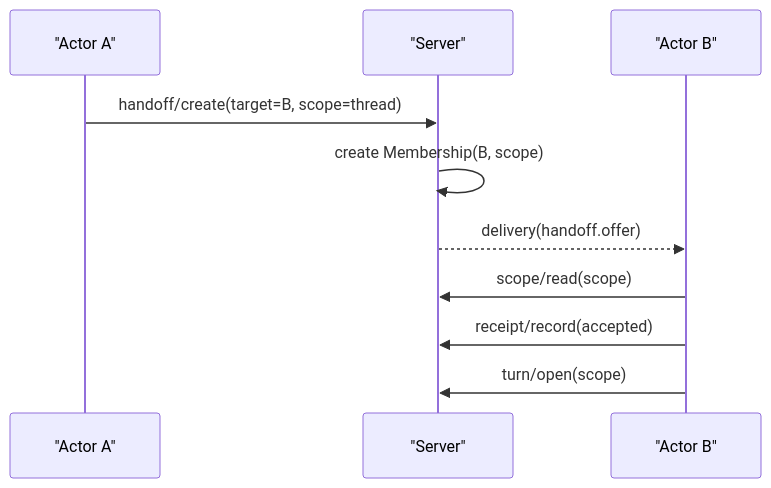
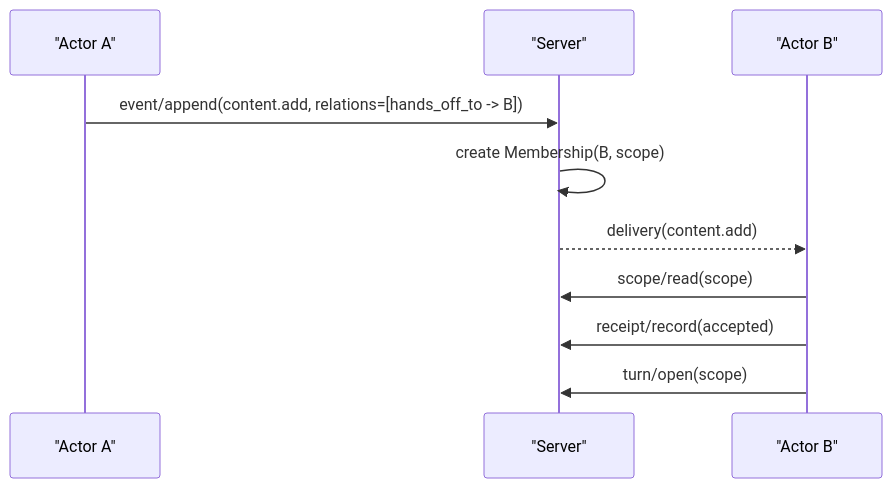
One commit to wyw-ai/loom changed the third of 5 diagrams in docs/protocol/open-multi-actor-collaboration-protocol-v0.md. Above: the diagram before and after it, drawn with Mermaid. The commit also changed other lines of this file and 17 other files, not shown here.

````diff
--- a/docs/protocol/open-multi-actor-collaboration-protocol-v0.md
+++ b/docs/protocol/open-multi-actor-collaboration-protocol-v0.md
@@ -504,13 +488,13 @@
 ```mermaid
 sequenceDiagram
   participant A as "Actor A"
   participant S as "Server"
   participant B as "Actor B"
 
-  A->>S: handoff/create(target=B, scope=thread)
+  A->>S: event/append(content.add, relations=[hands_off_to -> B])
   S->>S: create Membership(B, scope)
-  S-->>B: delivery(handoff.offer)
+  S-->>B: delivery(content.add)
   B->>S: scope/read(scope)
   B->>S: receipt/record(accepted)
   B->>S: turn/open(scope)
 ```
````
